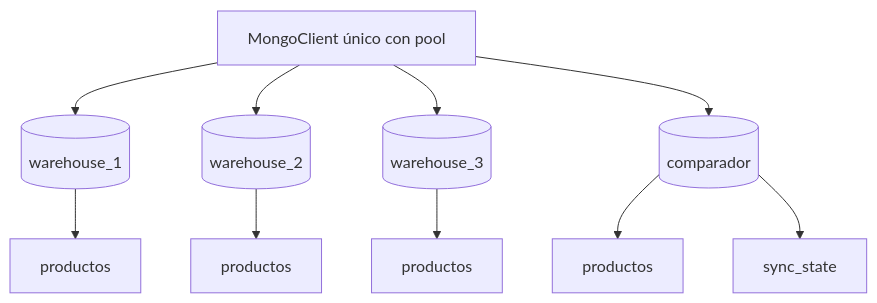
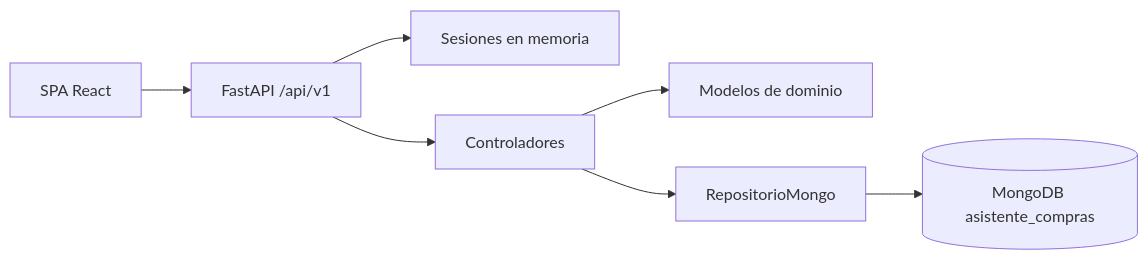
The first of 2 diagrams in docs/ARQUITECTURA.md (JimmyPiedrahita/asistente_compras), drawn with Mermaid before and after one commit. The commit also changed other lines of this file and 116 other files, not shown here.

````diff
--- a/docs/ARQUITECTURA.md
+++ b/docs/ARQUITECTURA.md
@@ -94,13 +9,9 @@
 ```mermaid
-flowchart TB
-    Cliente[MongoClient único con pool]
-    Cliente --> DB1[(warehouse_1)]
-    Cliente --> DB2[(warehouse_2)]
-    Cliente --> DB3[(warehouse_3)]
-    Cliente --> CMP[(comparador)]
-    DB1 --> C1[productos]
-    DB2 --> C2[productos]
-    DB3 --> C3[productos]
-    CMP --> CP[productos]
-    CMP --> CS[sync_state]
+flowchart LR
+    UI[SPA React] --> API[FastAPI /api/v1]
+    API --> SES[Sesiones en memoria]
+    API --> CTRL[Controladores]
+    CTRL --> MOD[Modelos de dominio]
+    CTRL --> REPO[RepositorioMongo]
+    REPO --> DB[(MongoDB asistente_compras)]
 ```
````
